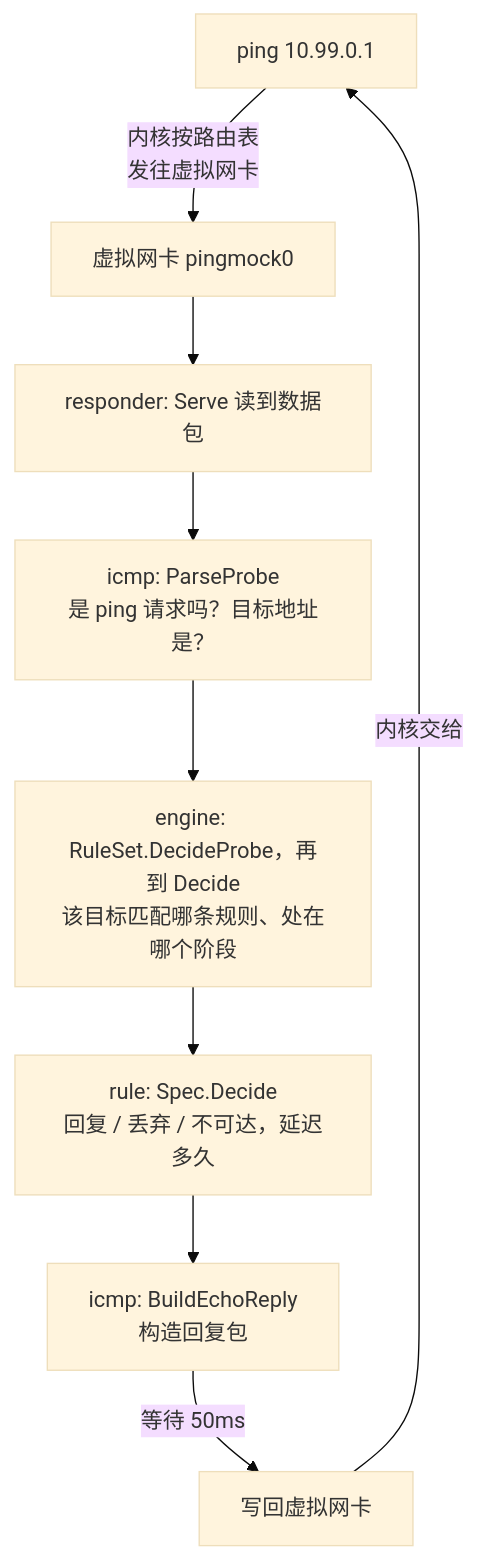
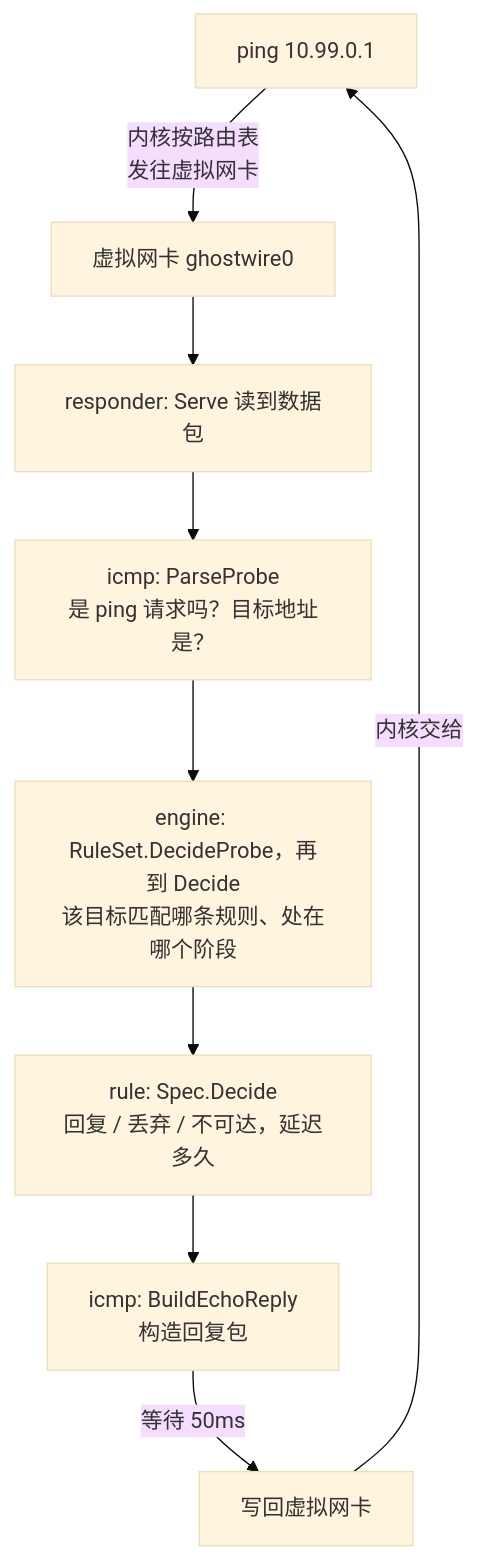
Before and after one commit to nanmuyao-tools/pingmock: the diagram in docs/architecture.zh-CN.md, drawn with Mermaid (base theme). The commit also changed other lines of this file and 128 other files, not shown here.

````diff
--- a/docs/architecture.zh-CN.md
+++ b/docs/architecture.zh-CN.md
@@ -44,11 +44,11 @@
 ```mermaid
 flowchart TD
-    A["ping 10.99.0.1"] -->|"内核按路由表<br>发往虚拟网卡"| B["虚拟网卡 pingmock0"]
+    A["ping 10.99.0.1"] -->|"内核按路由表<br>发往虚拟网卡"| B["虚拟网卡 ghostwire0"]
     B --> C["responder: Serve 读到数据包"]
     C --> D["icmp: ParseProbe<br>是 ping 请求吗？目标地址是？"]
     D --> E["engine: RuleSet.DecideProbe，再到 Decide<br>该目标匹配哪条规则、处在哪个阶段"]
     E --> F["rule: Spec.Decide<br>回复 / 丢弃 / 不可达，延迟多久"]
     F --> G["icmp: BuildEchoReply<br>构造回复包"]
     G -->|"等待 50ms"| H["写回虚拟网卡"]
     H -->|"内核交给"| A
 ```
````
